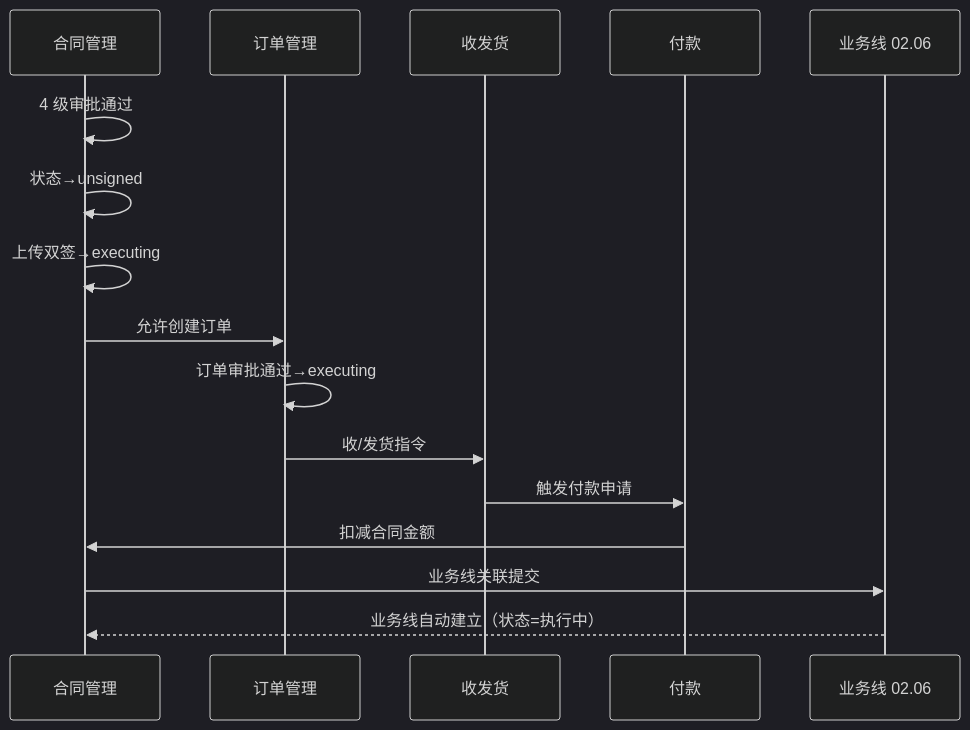
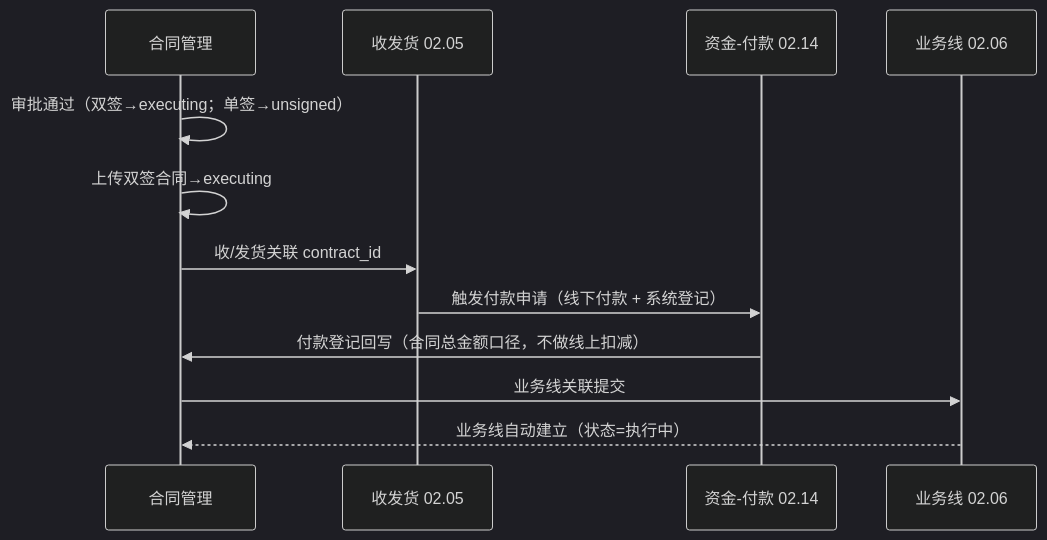
Before and after one commit to Ummyue/gyt-admin: the fifth of 8 diagrams in docs-v2/02.03-合同管理.md, drawn with Mermaid (dark theme). The commit also changed other lines of this file and 40 other files, not shown here.

````diff
--- a/docs-v2/02.03-合同管理.md
+++ b/docs-v2/02.03-合同管理.md
@@ -392,19 +468,15 @@
 ```mermaid
 sequenceDiagram
     participant Cont as 合同管理
-    participant Ord as 订单管理
-    participant Ship as 收发货
-    participant Pay as 付款
+    participant Ship as 收发货 02.05
+    participant Pay as 资金-付款 02.14
     participant BL as 业务线 02.06
 
-    Cont->>Cont: 4 级审批通过
-    Cont->>Cont: 状态→unsigned
-    Cont->>Cont: 上传双签→executing
-    Cont->>Ord: 允许创建订单
-    Ord->>Ord: 订单审批通过→executing
-    Ord->>Ship: 收/发货指令
-    Ship->>Pay: 触发付款申请
-    Pay->>Cont: 扣减合同金额
+    Cont->>Cont: 审批通过（双签→executing；单签→unsigned）
+    Cont->>Cont: 上传双签合同→executing
+    Cont->>Ship: 收/发货关联 contract_id
+    Ship->>Pay: 触发付款申请（线下付款 + 系统登记）
+    Pay->>Cont: 付款登记回写（合同总金额口径，不做线上扣减）
     Cont->>BL: 业务线关联提交
     BL-->>Cont: 业务线自动建立（状态=执行中）
 ```
````
